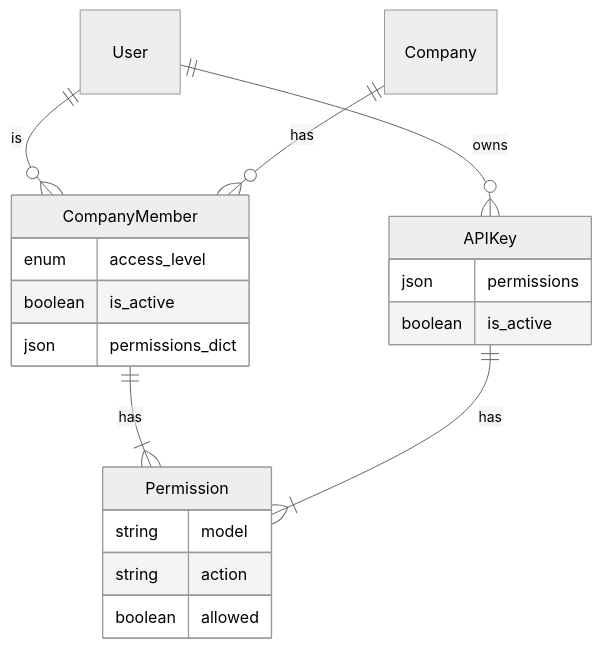
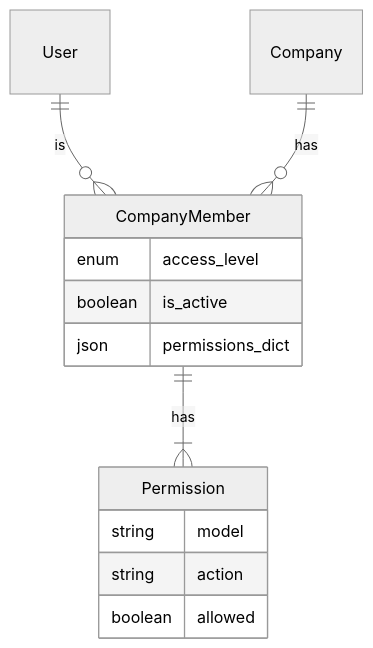
Before and after one commit to awecode/awecount: the first of 2 diagrams in server/django/docs/rbac.md, drawn with Mermaid (neutral theme). The commit also changed other lines of this file, not shown here.

Commit message:
refactor: update permission actions to use standard CRUD terminology and enhance documentation

````diff
--- a/server/django/docs/rbac.md
+++ b/server/django/docs/rbac.md
@@ -81,25 +77,18 @@
 ```mermaid
 erDiagram
     User ||--o{ CompanyMember : "is"
     Company ||--o{ CompanyMember : "has"
     CompanyMember ||--|{ Permission : "has"
-    User ||--o{ APIKey : "owns"
-    APIKey ||--|{ Permission : "has"
 
     CompanyMember {
         enum access_level
         boolean is_active
         json permissions_dict
     }
 
     Permission {
         string model
         string action
         boolean allowed
     }
-
-    APIKey {
-        json permissions
-        boolean is_active
-    }
 ```
````
